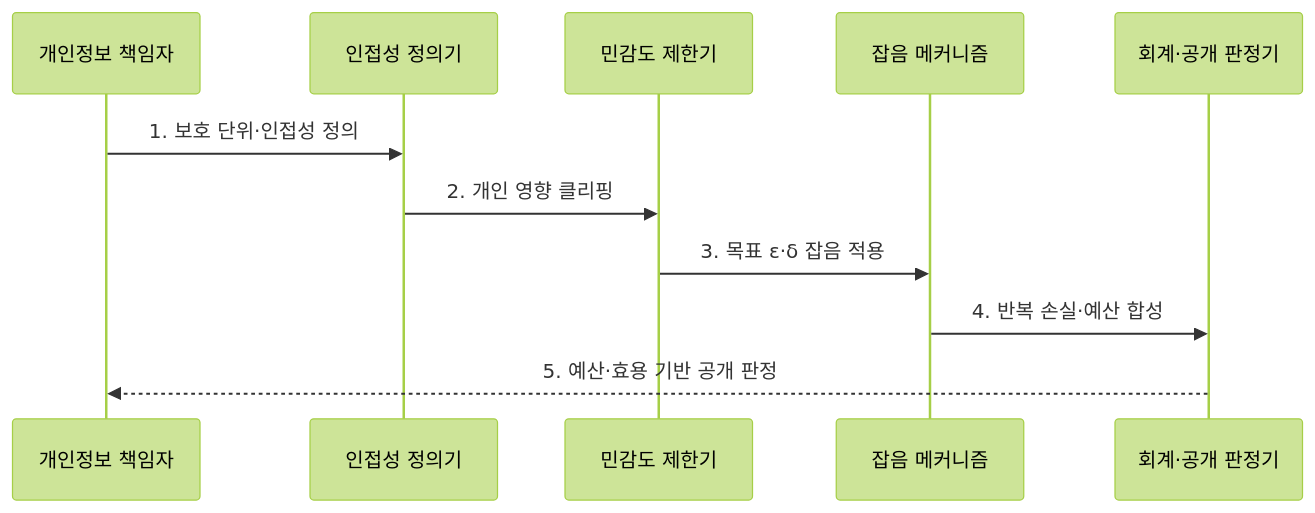
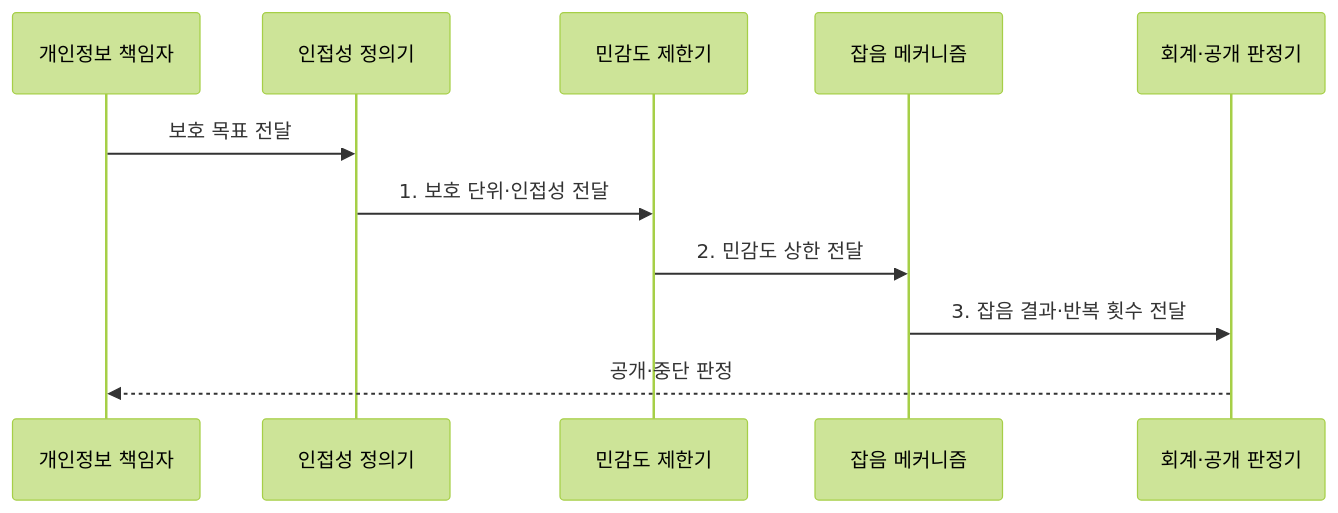
Before and after one commit to agnusdei1207/knowledge-base: the second of 2 diagrams in src/content/docs/notes/08-latest-tech/113_differential_privacy.md, drawn with Mermaid (forest theme). The commit also changed other lines of this file and 225 other files, not shown here.

````diff
--- a/src/content/docs/notes/08-latest-tech/113_differential_privacy.md
+++ b/src/content/docs/notes/08-latest-tech/113_differential_privacy.md
@@ -81,13 +81,13 @@
 ```mermaid
 sequenceDiagram
     participant O as 개인정보 책임자
     participant A as 인접성 정의기
     participant C as 민감도 제한기
     participant N as 잡음 메커니즘
     participant P as 회계·공개 판정기
-    O->>A: 1. 보호 단위·인접성 정의
-    A->>C: 2. 개인 영향 클리핑
-    C->>N: 3. 목표 ε·δ 잡음 적용
-    N->>P: 4. 반복 손실·예산 합성
-    P-->>O: 5. 예산·효용 기반 공개 판정
+    O->>A: 보호 목표 전달
+    A->>C: 1. 보호 단위·인접성 전달
+    C->>N: 2. 민감도 상한 전달
+    N->>P: 3. 잡음 결과·반복 횟수 전달
+    P-->>O: 공개·중단 판정
 ```
````
